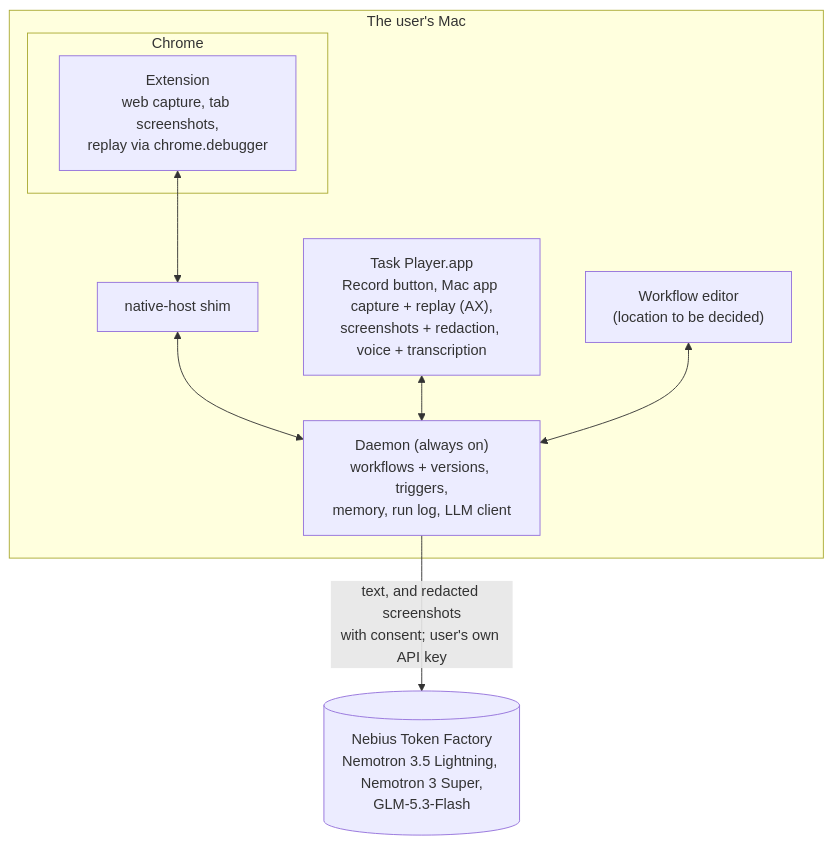
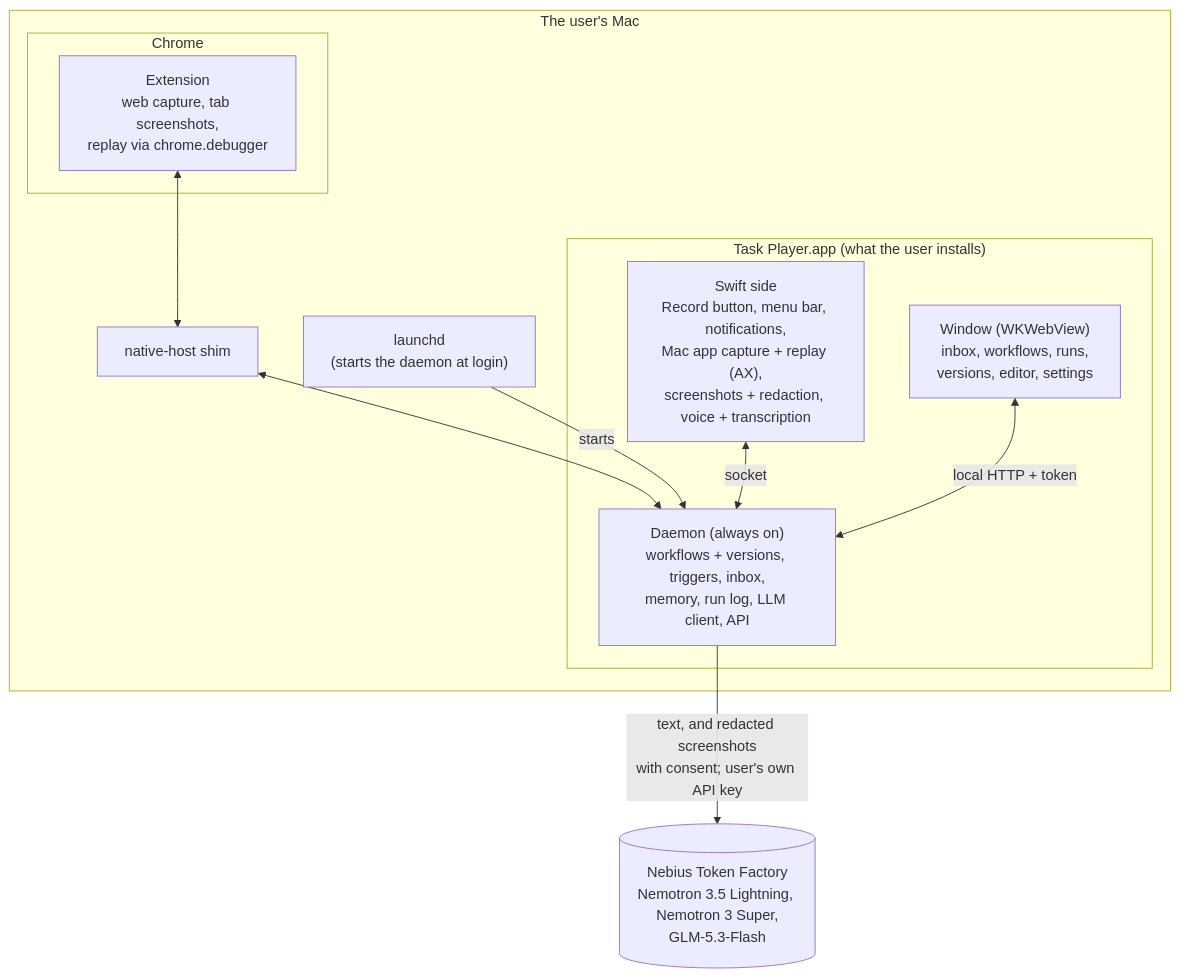
The third of 3 diagrams in docs/design.md (Akshat-Soni02/nxn-global-ai-hackathon-personal-agent), drawn with Mermaid before and after one commit. The commit also changed other lines of this file and 1 other file, not shown here.

First line of the commit message:
docs: plan the daemon as a service, the app's window, observability and packaging

````diff
--- a/docs/design.md
+++ b/docs/design.md
@@ -309,17 +309,21 @@
 ```mermaid
 flowchart TB
   subgraph mac["The user's Mac"]
-    D["Daemon (always on)<br/>workflows + versions, triggers,<br/>memory, run log, LLM client"]
-    A["Task Player.app<br/>Record button, Mac app capture + replay (AX),<br/>screenshots + redaction, voice + transcription"]
-    W["Workflow editor<br/>(location to be decided)"]
+    L["launchd<br/>(starts the daemon at login)"]
+    subgraph app["Task Player.app (what the user installs)"]
+      D["Daemon (always on)<br/>workflows + versions, triggers, inbox,<br/>memory, run log, LLM client, API"]
+      A["Swift side<br/>Record button, menu bar, notifications,<br/>Mac app capture + replay (AX),<br/>screenshots + redaction, voice + transcription"]
+      W["Window (WKWebView)<br/>inbox, workflows, runs,<br/>versions, editor, settings"]
+    end
     subgraph chrome["Chrome"]
       X["Extension<br/>web capture, tab screenshots,<br/>replay via chrome.debugger"]
     end
     S["native-host shim"]
   end
   N[("Nebius Token Factory<br/>Nemotron 3.5 Lightning, Nemotron 3 Super,<br/>GLM-5.3-Flash")]
   X <--> S <--> D
-  A <--> D
-  W <--> D
+  L -- starts --> D
+  A <-- socket --> D
+  W <-- "local HTTP + token" --> D
   D -- "text, and redacted screenshots<br/>with consent; user's own API key" --> N
 ```
````
